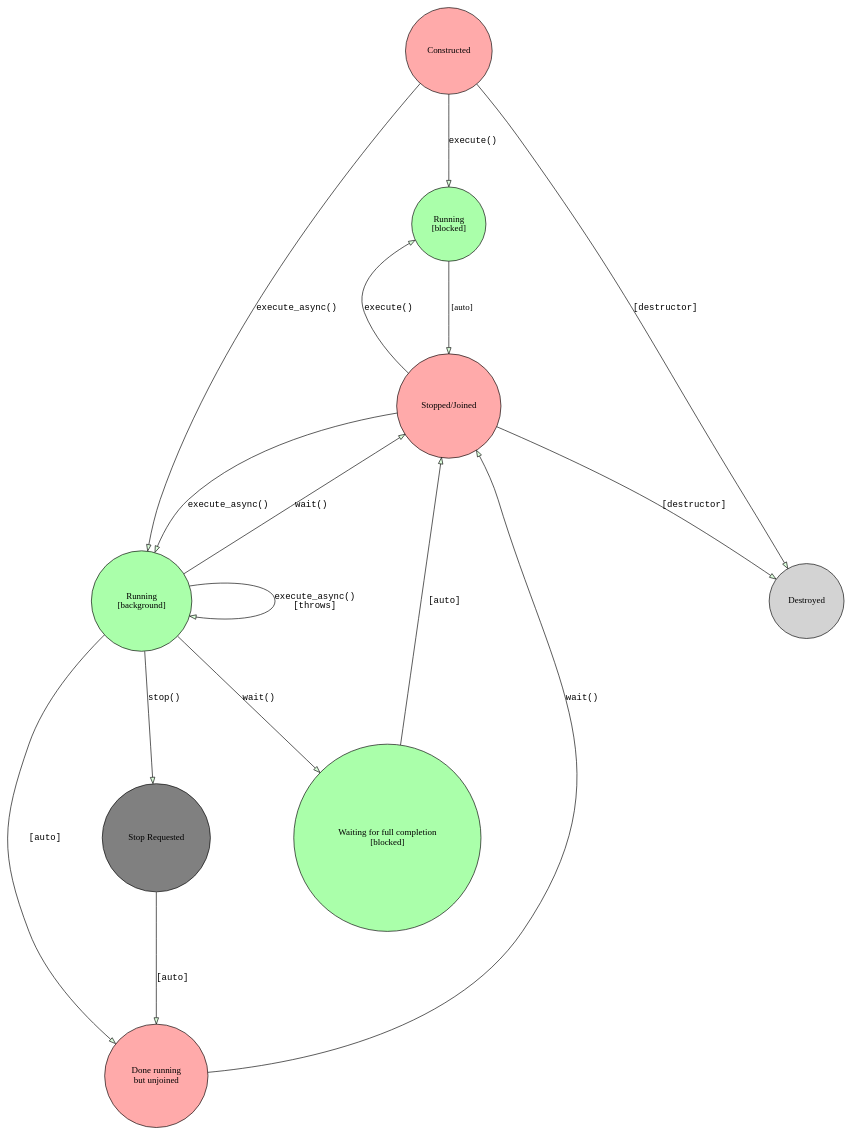
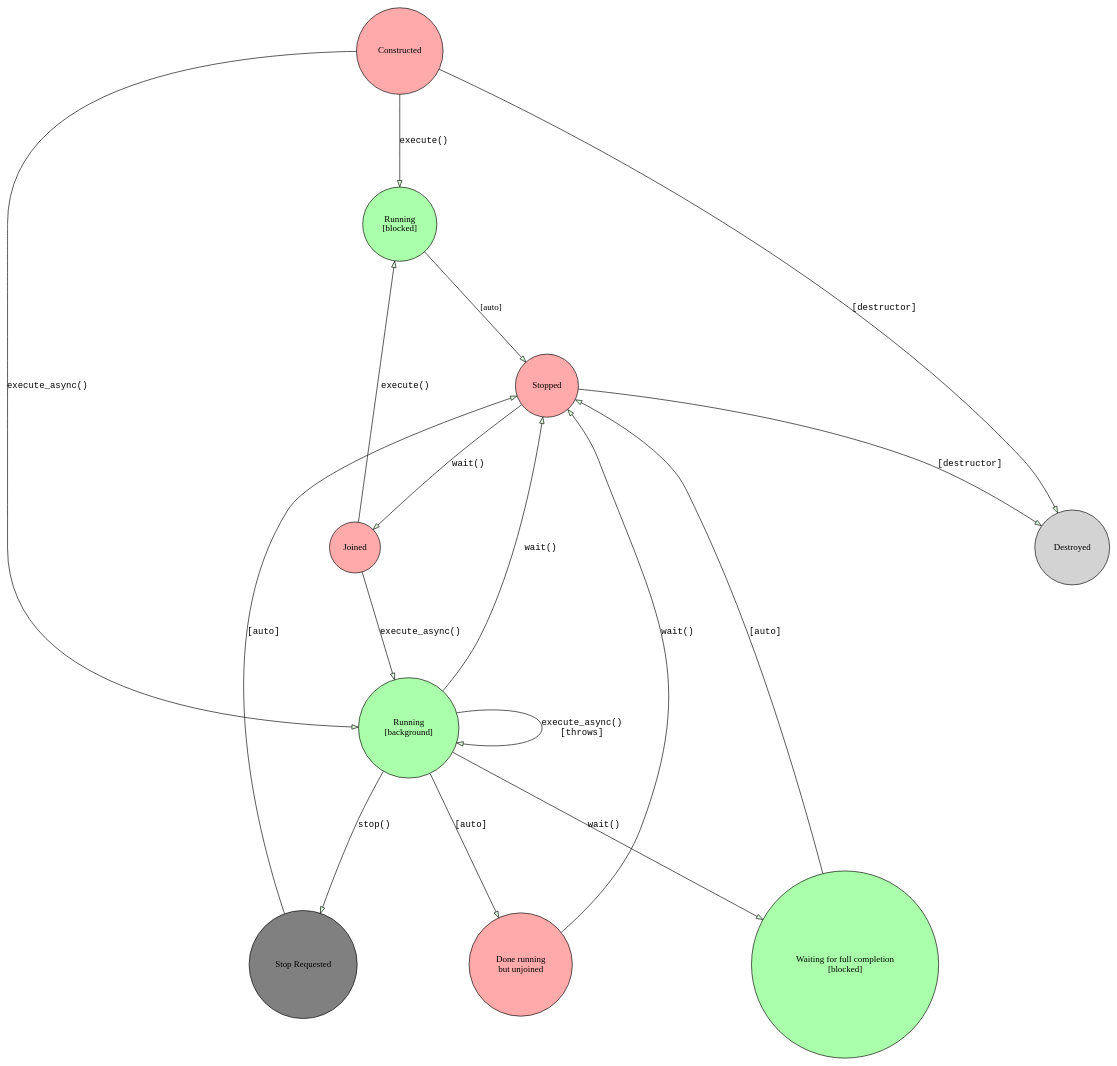
Before and after one commit to plasmodic/ecto: the diagram in doc/source/schedulers.dot, drawn with Graphviz. The commit also changed 88 other files, not shown here.

```diff
--- a/doc/source/schedulers.dot
+++ b/doc/source/schedulers.dot
@@ -1,34 +1,36 @@
 digraph G {
 
 graph[ splines=true overlap=false ranksep=1.8 nodesep=1.8]
 edge [ fillcolor="#ddffdd" ]
 edge [ fontname=Monospace ]
 node [ shape=circle style=filled border="#333333" ];
 
 Constructed [ label = "Constructed" fillcolor="#ffaaaa" ];
 
 RunningBlocked [ label = "Running\n[blocked]" fillcolor="#aaffaa"];
 RunningBackground [ label = "Running\n[background]" fillcolor="#aaffaa"];
 StopRequested [ label = "Stop Requested" fillcolor=grey];
 RunFinishedNotJoined [ label = "Done running\nbut unjoined" fillcolor="#ffaaaa" ];
-Stopped [ label = "Stopped/Joined" fillcolor="#ffaaaa" ];
+Stopped [ label = "Stopped" fillcolor="#ffaaaa" ];
+Joined [ label = "Joined" fillcolor="#ffaaaa" ];
 WaitingForFullCompletion [ label = "Waiting for full completion\n[blocked]" fillcolor="#aaffaa" ];
 Destroyed [ label = "Destroyed" ];
            
 RunningBackground -> RunFinishedNotJoined [ label = "[auto]" ];
 RunFinishedNotJoined -> Stopped [ label = "wait()" ];
-Stopped -> RunningBlocked [label = "execute()"];
 Constructed -> RunningBlocked [label = "execute()"];
-Stopped -> RunningBackground [label = "execute_async()"];
 Stopped -> Destroyed [label = "[destructor]" ];
 Constructed -> Destroyed [label = "[destructor]" ];
 Constructed -> RunningBackground [label = "execute_async()"];
 RunningBlocked -> Stopped  [ label = "[auto]" fontname="italic"] ;
 RunningBackground -> RunningBackground [ label = "execute_async()\n[throws]" ];
 RunningBackground -> StopRequested [ label = "stop()" ] ;
-StopRequested -> RunFinishedNotJoined [ label = "[auto]" ] ;
+StopRequested -> Stopped [ label = "[auto]" ] ;
+Stopped -> Joined [ label = "wait()" ] ;
+Joined -> RunningBlocked [ label = "execute()" ] ;
+Joined -> RunningBackground [ label = "execute_async()" ] ;
 RunningBackground -> Stopped [ label = "wait()" ] ;
 RunningBackground -> WaitingForFullCompletion [ label = "wait()" ];
 WaitingForFullCompletion -> Stopped [ label = "[auto]" ];
 
 }
```
